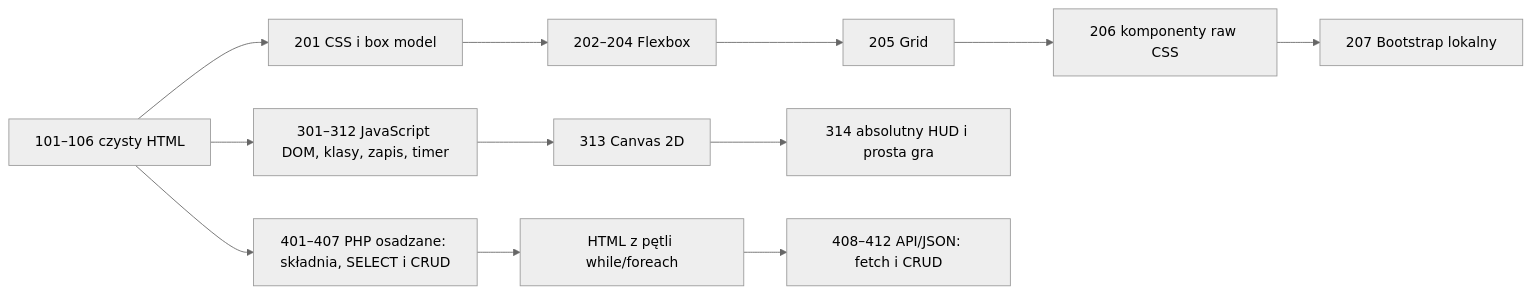
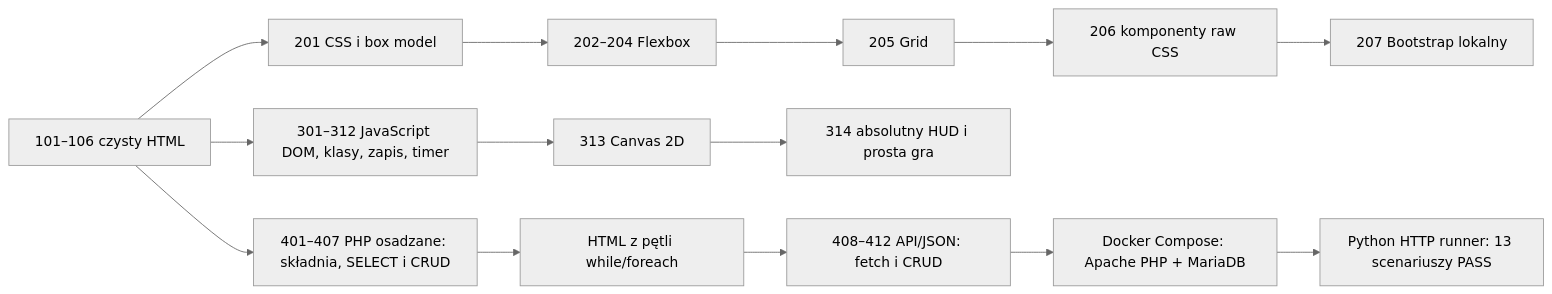
One commit to Radomiej/web-grounding changed the diagram in docs/sessions/2026-09-14_course-series-1xx-4xx.md. Above: the diagram before and after it, drawn with Mermaid (neutral theme). The commit also changed other lines of this file and 21 other files, not shown here.

````diff
--- a/docs/sessions/2026-09-14_course-series-1xx-4xx.md
+++ b/docs/sessions/2026-09-14_course-series-1xx-4xx.md
@@ -80,14 +91,16 @@
 ```mermaid
 flowchart LR
     H[101–106 czysty HTML] --> C[201 CSS i box model]
     C --> F[202–204 Flexbox]
     F --> G[205 Grid]
     G --> K[206 komponenty raw CSS]
     K --> B[207 Bootstrap lokalny]
     H --> J[301–312 JavaScript DOM, klasy, zapis, timer]
     J --> V[313 Canvas 2D]
     V --> U[314 absolutny HUD i prosta gra]
     H --> P[401–407 PHP osadzane: składnia, SELECT i CRUD]
     P --> R[HTML z pętli while/foreach]
     R --> Q[408–412 API/JSON: fetch i CRUD]
+    Q --> D[Docker Compose: Apache PHP + MariaDB]
+    D --> T[Python HTTP runner: 13 scenariuszy PASS]
 ```
````
